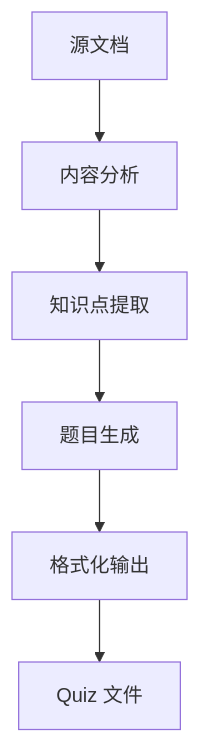
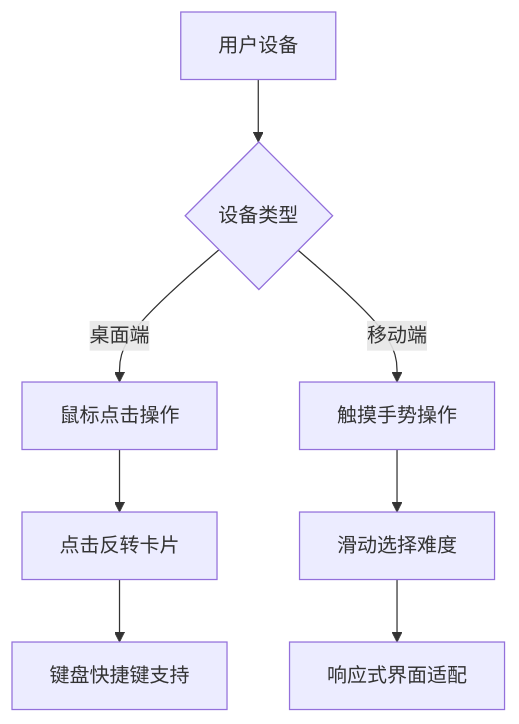
Before and after one commit to yayaysya/SiXu: the fourth of 4 diagrams in README.md, drawn with Mermaid. The commit also changed other lines of this file and 3 other files, not shown here.

````diff
--- a/README.md
+++ b/README.md
@@ -329,8 +511,12 @@
 ```mermaid
 graph TD
-    A[源文档] --> B[内容分析]
-    B --> C[知识点提取]
-    C --> D[题目生成]
-    D --> E[格式化输出]
-    E --> F[Quiz 文件]
+    A[用户设备] --> B{设备类型}
+    B -->|桌面端| C[鼠标点击操作]
+    B -->|移动端| D[触摸手势操作]
+
+    C --> E[点击反转卡片]
+    D --> F[滑动选择难度]
+
+    E --> G[键盘快捷键支持]
+    F --> H[响应式界面适配]
 ```
````
